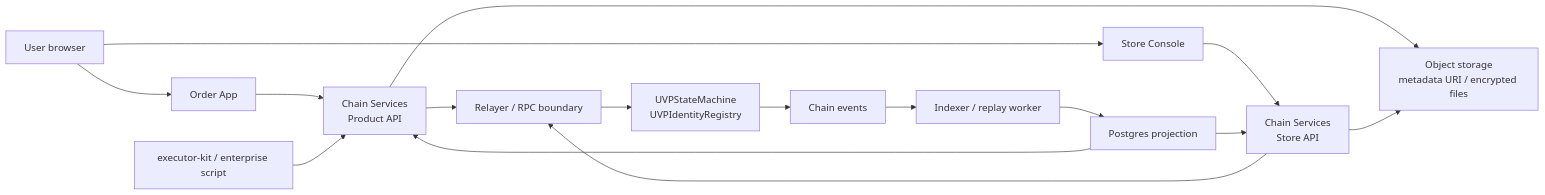
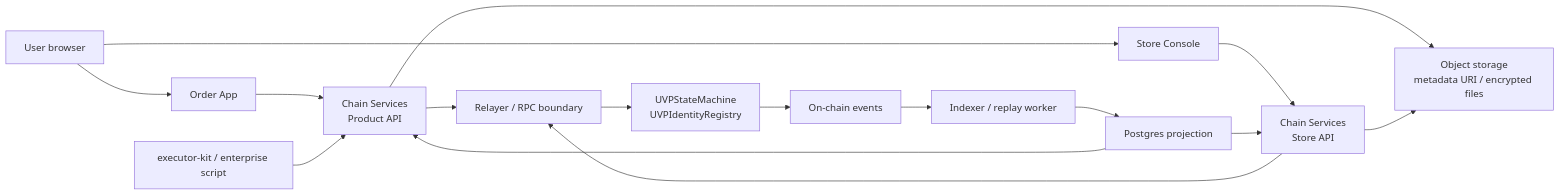
Before and after one commit to conucleus/uvp-wiki: the second of 2 diagrams in wiki/en/concepts/architecture.md, drawn with Mermaid. The commit also changed other lines of this file and 302 other files, not shown here.

````diff
--- a/wiki/en/concepts/architecture.md
+++ b/wiki/en/concepts/architecture.md
@@ -25,31 +34,31 @@
 ```mermaid
 flowchart LR
   Browser["User browser"]
   OrderApp["Order App"]
   Store["Store Console"]
   Exec["executor-kit / enterprise script"]
   ProductAPI["Chain Services\nProduct API"]
   StoreAPI["Chain Services\nStore API"]
   Relayer["Relayer / RPC boundary"]
   Contracts["UVPStateMachine\nUVPIdentityRegistry"]
-  Events["Chain events"]
+  Events["On-chain events"]
   Indexer["Indexer / replay worker"]
   DB["Postgres projection"]
   ObjectStore["Object storage\nmetadata URI / encrypted files"]
 
   Browser --> OrderApp
   Browser --> Store
   OrderApp --> ProductAPI
   Store --> StoreAPI
   Exec --> ProductAPI
   ProductAPI --> Relayer
   StoreAPI --> Relayer
   Relayer --> Contracts
   Contracts --> Events
   Events --> Indexer
   Indexer --> DB
   DB --> ProductAPI
   DB --> StoreAPI
   ProductAPI --> ObjectStore
   StoreAPI --> ObjectStore
 ```
````
